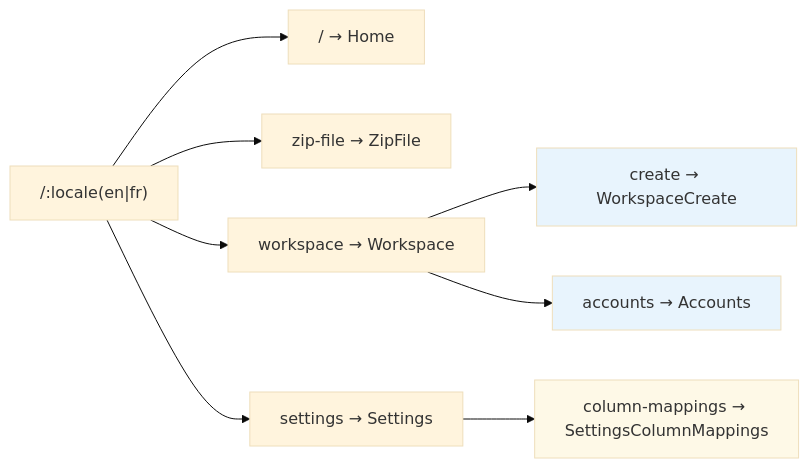
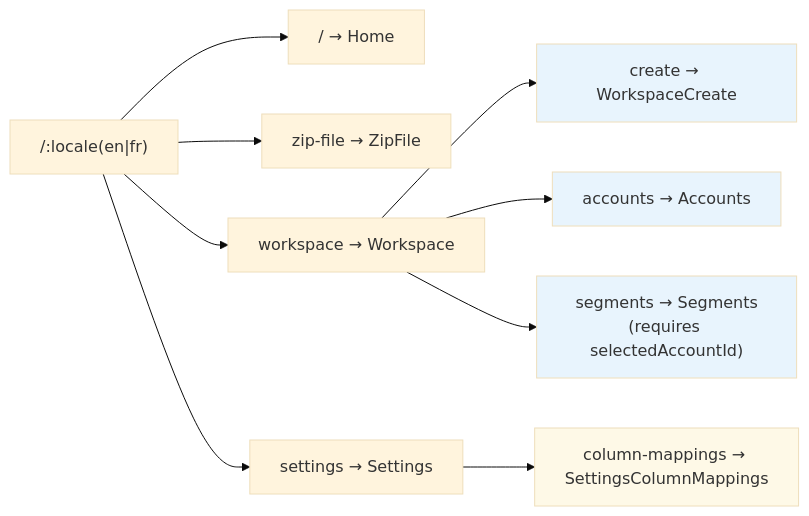
One commit to cobreti/Budgan changed the second of 9 diagrams in Doc/Engine-TestApp/Engine-TestApp.md. Above: the diagram before and after it, drawn with Mermaid (base theme). The commit also changed other lines of this file and 2 other files, not shown here.

````diff
--- a/Doc/Engine-TestApp/Engine-TestApp.md
+++ b/Doc/Engine-TestApp/Engine-TestApp.md
@@ -45,23 +45,25 @@
 ```mermaid
 graph LR
     ROOT["/:locale(en|fr)"]
     HOME["/ → Home"]
     ZIP["zip-file → ZipFile"]
     WRK["workspace → Workspace"]
     WRK_CREATE["create → WorkspaceCreate"]
     WRK_ACC["accounts → Accounts"]
     SET["settings → Settings"]
     SET_MAP["column-mappings → SettingsColumnMappings"]
 
     ROOT --> HOME
     ROOT --> ZIP
     ROOT --> WRK
     WRK --> WRK_CREATE
     WRK --> WRK_ACC
+    WRK --> WRK_SEG["segments → Segments\n(requires selectedAccountId)"]
     ROOT --> SET
     SET --> SET_MAP
 
     style WRK_CREATE fill:#e8f4fd
     style WRK_ACC fill:#e8f4fd
+    style WRK_SEG fill:#e8f4fd
     style SET_MAP fill:#fef9e7
 ```
````
